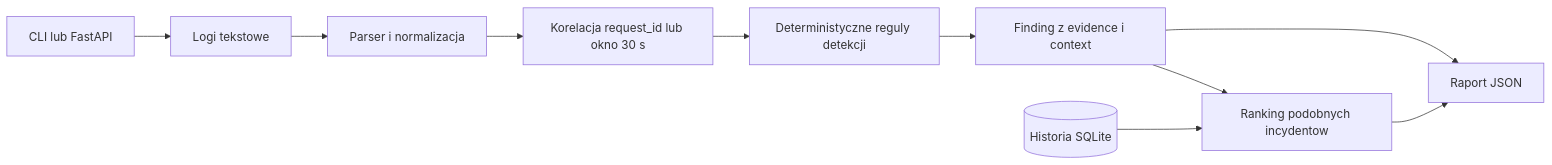
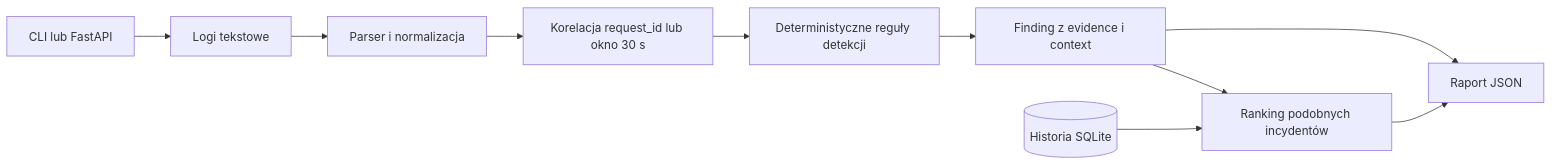
Before and after one commit to lukaszj321/incident-triage-copilot: the diagram in README.md, drawn with Mermaid. The commit also changed other lines of this file, not shown here.

````diff
--- a/README.md
+++ b/README.md
@@ -38,12 +44,12 @@
 ```mermaid
 flowchart LR
     A[CLI lub FastAPI] --> B[Logi tekstowe]
     B --> C[Parser i normalizacja]
     C --> D[Korelacja request_id lub okno 30 s]
-    D --> E[Deterministyczne reguly detekcji]
+    D --> E[Deterministyczne reguły detekcji]
     E --> F[Finding z evidence i context]
     F --> G[Raport JSON]
-    H[(Historia SQLite)] --> I[Ranking podobnych incydentow]
+    H[(Historia SQLite)] --> I[Ranking podobnych incydentów]
     F --> I
     I --> G
 ```
````
